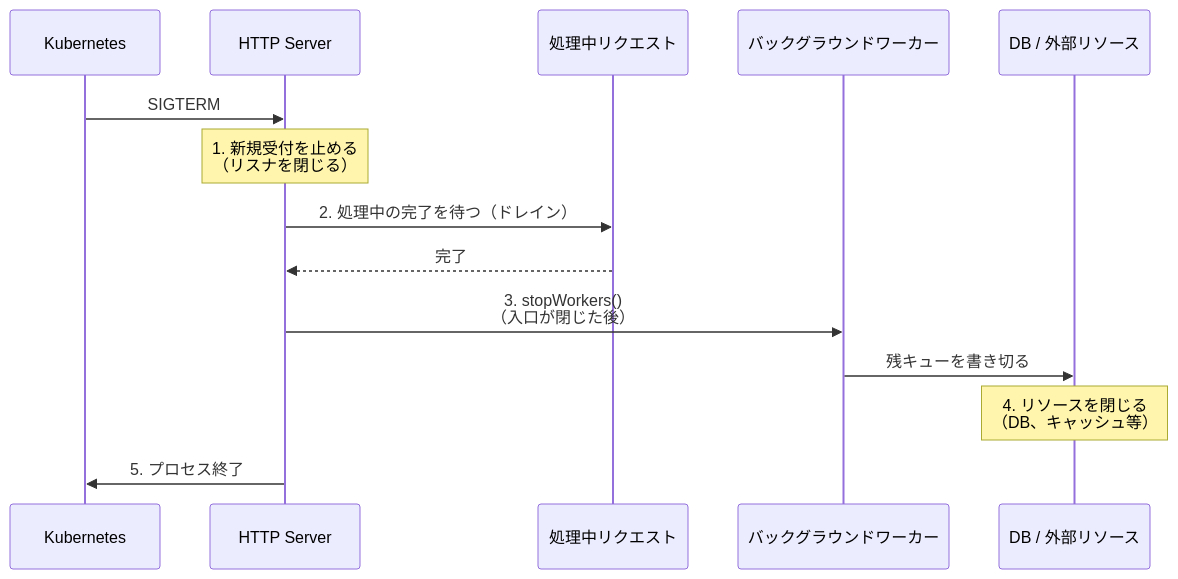
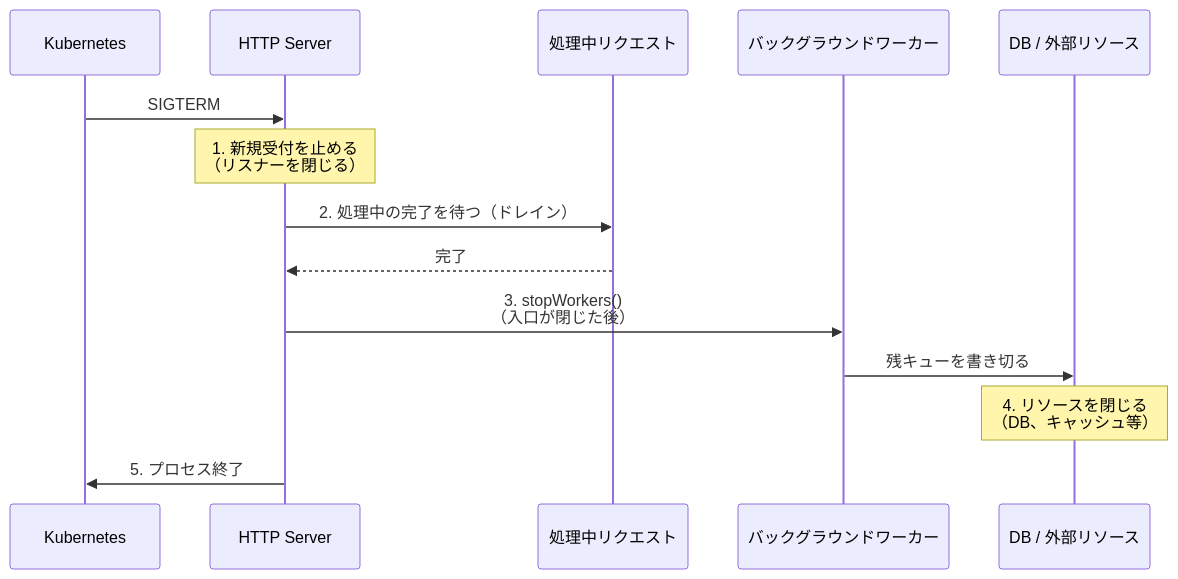
One commit to yoichiozaki/yoichiozaki.github.io changed the fourth of 5 diagrams in content/blog/ja/go-concurrency-in-practice.mdx. Above: the diagram before and after it, drawn with Mermaid. The commit also changed other lines of this file and 117 other files, not shown here.

````diff
--- a/content/blog/ja/go-concurrency-in-practice.mdx
+++ b/content/blog/ja/go-concurrency-in-practice.mdx
@@ -996,17 +996,17 @@
 ```mermaid
 sequenceDiagram
     participant K as Kubernetes
     participant S as HTTP Server
     participant H as 処理中リクエスト
     participant W as バックグラウンドワーカー
     participant D as DB / 外部リソース
 
     K->>S: SIGTERM
-    Note over S: 1. 新規受付を止める<br/>（リスナを閉じる）
+    Note over S: 1. 新規受付を止める<br/>（リスナーを閉じる）
     S->>H: 2. 処理中の完了を待つ（ドレイン）
     H-->>S: 完了
     S->>W: 3. stopWorkers()<br/>（入口が閉じた後）
     W->>D: 残キューを書き切る
     Note over D: 4. リソースを閉じる<br/>（DB、キャッシュ等）
     S->>K: 5. プロセス終了
 ```
````
